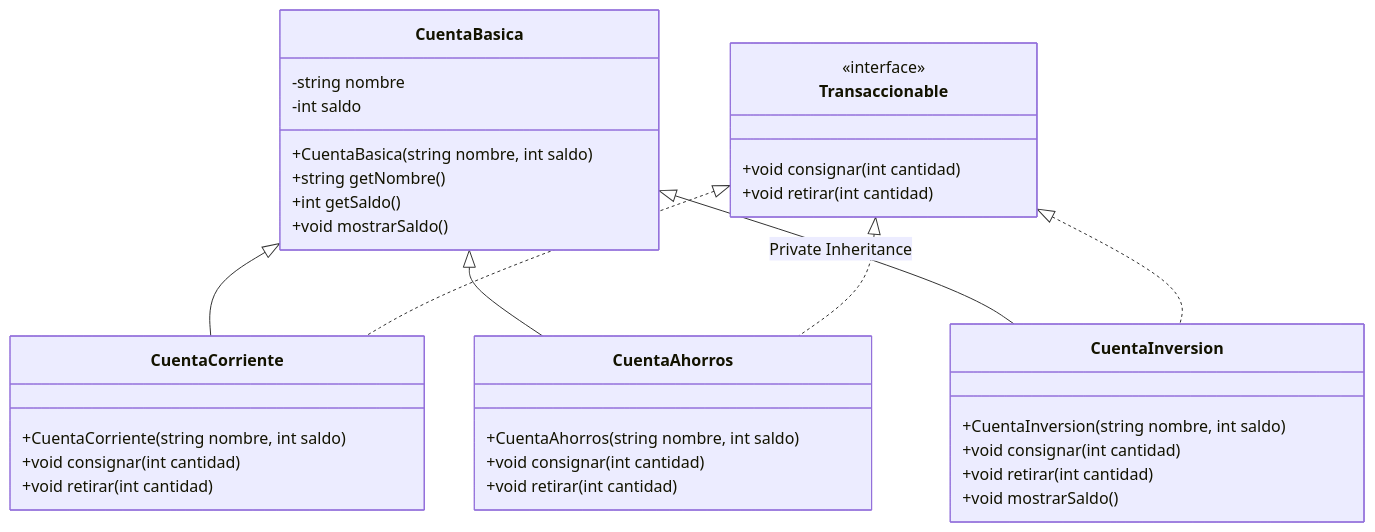
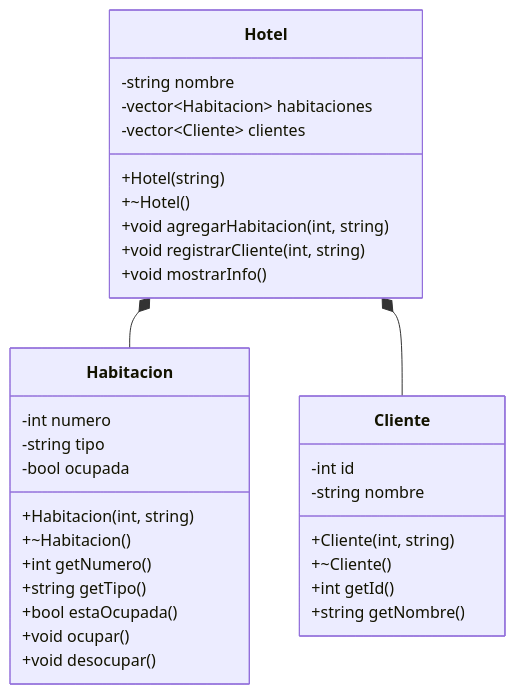
The third of 3 diagrams in poo2-asociaciones.md (yoanpinzon/POO), drawn with Mermaid before and after one commit. The commit also changed other lines of this file, not shown here.

````diff
--- a/poo2-asociaciones.md
+++ b/poo2-asociaciones.md
@@ -1291,44 +623,39 @@
 ```mermaid
 classDiagram
-    
-    class CuentaBasica {
-        -string nombre
-        -int saldo
-        +CuentaBasica(string nombre, int saldo)
-        +string getNombre()
-        +int getSaldo()
-        +void mostrarSaldo()
+
+    class Habitacion {
+        -int numero
+        -string tipo
+        -bool ocupada
+        +Habitacion(int, string)
+        +~Habitacion()
+        +int getNumero()
+        +string getTipo()
+        +bool estaOcupada()
+        +void ocupar()
+        +void desocupar()
     }
 
-    class Transaccionable {
-        <<interface>>
-        +void consignar(int cantidad)
-        +void retirar(int cantidad)
+    class Cliente {
+        -int id
+        -string nombre
+        +Cliente(int, string)
+        +~Cliente()
+        +int getId()
+        +string getNombre()
     }
 
-    class CuentaCorriente {
-        +CuentaCorriente(string nombre, int saldo)
-        +void consignar(int cantidad)
-        +void retirar(int cantidad)
+    class Hotel {
+        -string nombre
+        -vector~Habitacion~ habitaciones
+        -vector~Cliente~ clientes
+        +Hotel(string)
+        +~Hotel()
+        +void agregarHabitacion(int, string)
+        +void registrarCliente(int, string)
+        +void mostrarInfo()
     }
 
-    class CuentaAhorros {
-        +CuentaAhorros(string nombre, int saldo)
-        +void consignar(int cantidad)
-        +void retirar(int cantidad)
-    }
-
-    class CuentaInversion {
-        +CuentaInversion(string nombre, int saldo)
-        +void consignar(int cantidad)
-        +void retirar(int cantidad)
-        +void mostrarSaldo()
-    }
-
-    CuentaBasica <|-- CuentaCorriente
-    CuentaBasica <|-- CuentaAhorros
-    CuentaBasica <|-- CuentaInversion : Private Inheritance
-    Transaccionable <|.. CuentaCorriente
-    Transaccionable <|.. CuentaAhorros
-    Transaccionable <|.. CuentaInversion
+    Hotel *-- Habitacion
+    Hotel *-- Cliente
 ```
````
